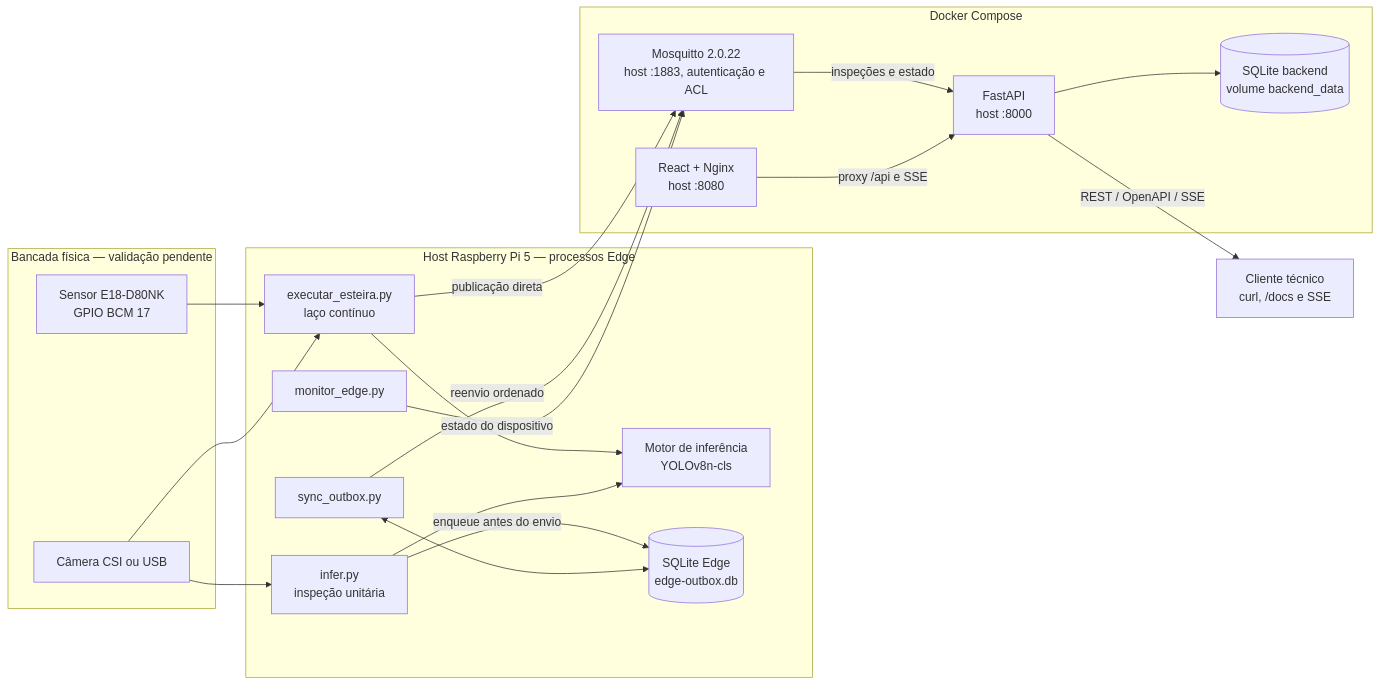
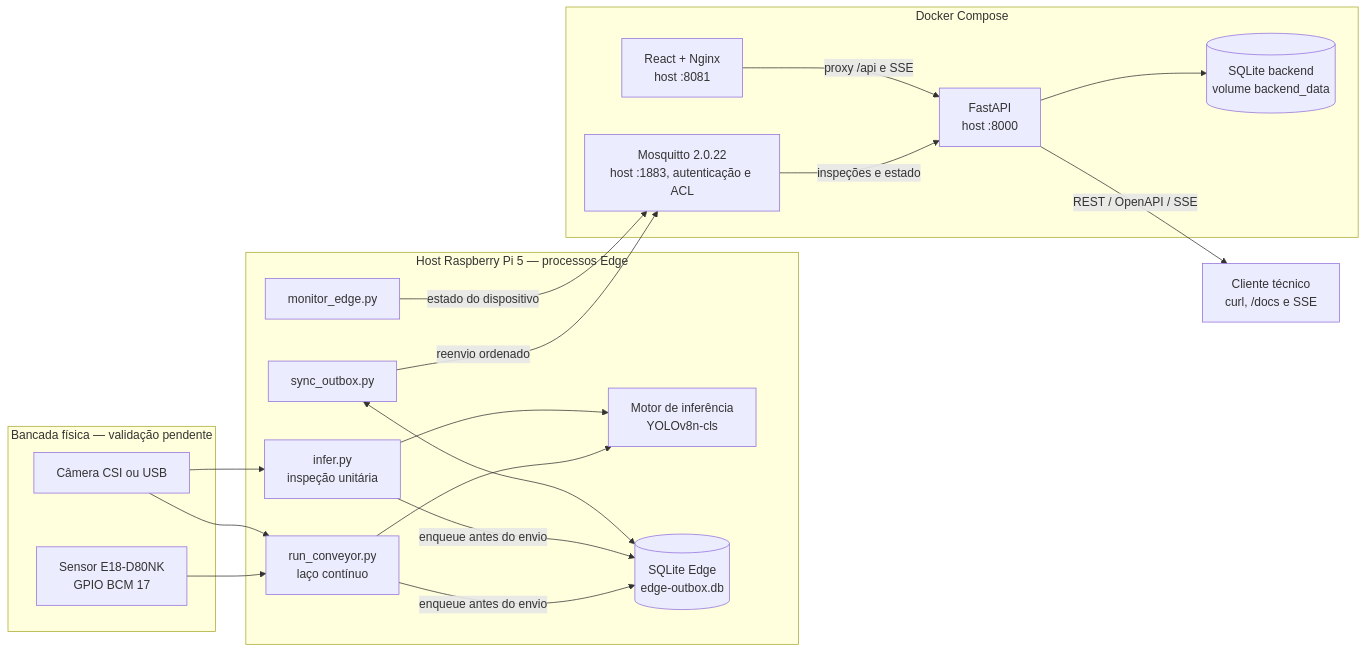
Before and after one commit to eldrayan/Vigi-TCCPNAAT: the first of 3 diagrams in docs/arquitetura/diagrama-arquitetural.md, drawn with Mermaid. The commit also changed other lines of this file and 4 other files, not shown here.

````diff
--- a/docs/arquitetura/diagrama-arquitetural.md
+++ b/docs/arquitetura/diagrama-arquitetural.md
@@ -47,42 +48,42 @@
 ```mermaid
 flowchart LR
     subgraph bancada["Bancada física — validação pendente"]
         sensor["Sensor E18-D80NK<br/>GPIO BCM 17"]
         camera["Câmera CSI ou USB"]
     end
 
     subgraph edge["Host Raspberry Pi 5 — processos Edge"]
-        conveyor["executar_esteira.py<br/>laço contínuo"]
+        conveyor["run_conveyor.py<br/>laço contínuo"]
         inference["Motor de inferência<br/>YOLOv8n-cls"]
         oneshot["infer.py<br/>inspeção unitária"]
         outbox[("SQLite Edge<br/>edge-outbox.db")]
         synchronizer["sync_outbox.py"]
         monitor["monitor_edge.py"]
     end
 
     subgraph compose["Docker Compose"]
         mqtt["Mosquitto 2.0.22<br/>host :1883, autenticação e ACL"]
         api["FastAPI<br/>host :8000"]
         database[("SQLite backend<br/>volume backend_data")]
-        dashboard["React + Nginx<br/>host :8080"]
+        dashboard["React + Nginx<br/>host :8081"]
     end
 
     technical["Cliente técnico<br/>curl, /docs e SSE"]
 
     sensor --> conveyor
     camera --> conveyor
     conveyor --> inference
-    conveyor -->|"publicação direta"| mqtt
+    conveyor -->|"enqueue antes do envio"| outbox
 
     camera --> oneshot
     oneshot --> inference
     oneshot -->|"enqueue antes do envio"| outbox
     synchronizer <--> outbox
     synchronizer -->|"reenvio ordenado"| mqtt
     monitor -->|"estado do dispositivo"| mqtt
 
     mqtt -->|"inspeções e estado"| api
     api --> database
     api -->|"REST / OpenAPI / SSE"| technical
     dashboard -->|"proxy /api e SSE"| api
 ```
````
